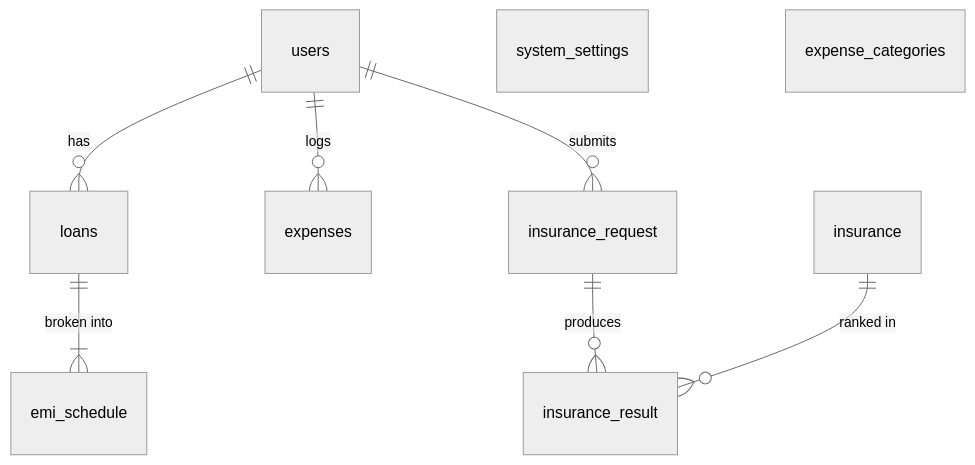
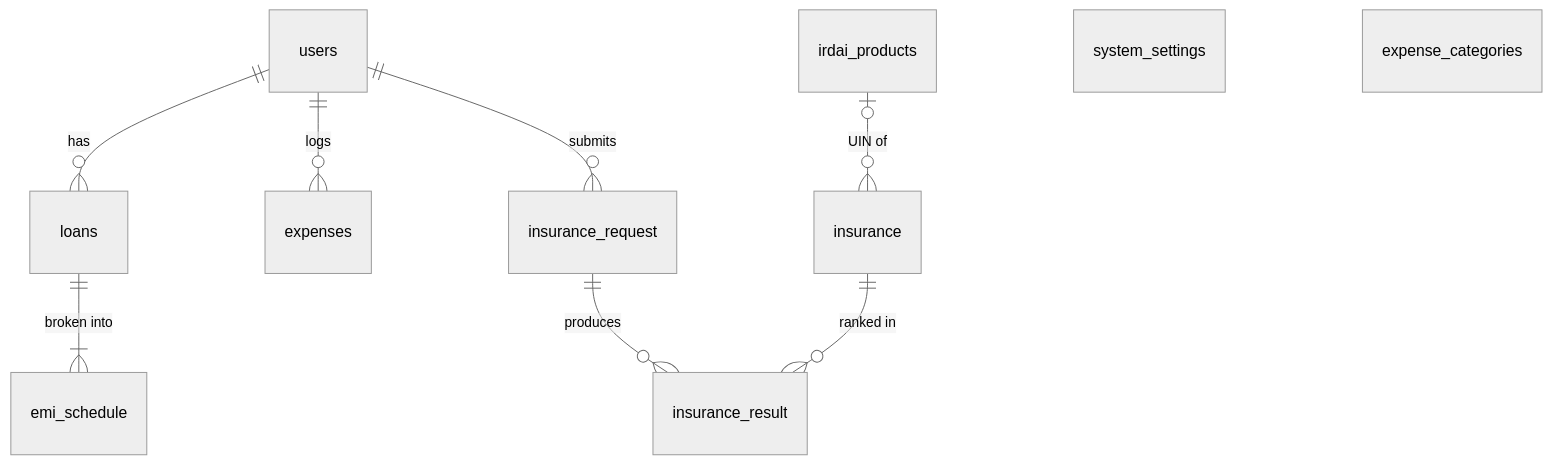
The tenth of 10 diagrams in FLOW.md (arsalanbali2021-ux/valuetrack), drawn with Mermaid (neutral theme) before and after one commit. The commit also changed other lines of this file and 4 other files, not shown here.

````diff
--- a/FLOW.md
+++ b/FLOW.md
@@ -206,11 +228,12 @@
 ```mermaid
 erDiagram
     users ||--o{ loans : has
     loans ||--|{ emi_schedule : "broken into"
     users ||--o{ expenses : logs
     users ||--o{ insurance_request : submits
     insurance_request ||--o{ insurance_result : produces
     insurance ||--o{ insurance_result : "ranked in"
+    irdai_products |o--o{ insurance : "UIN of"
     system_settings
     expense_categories
 ```
````
